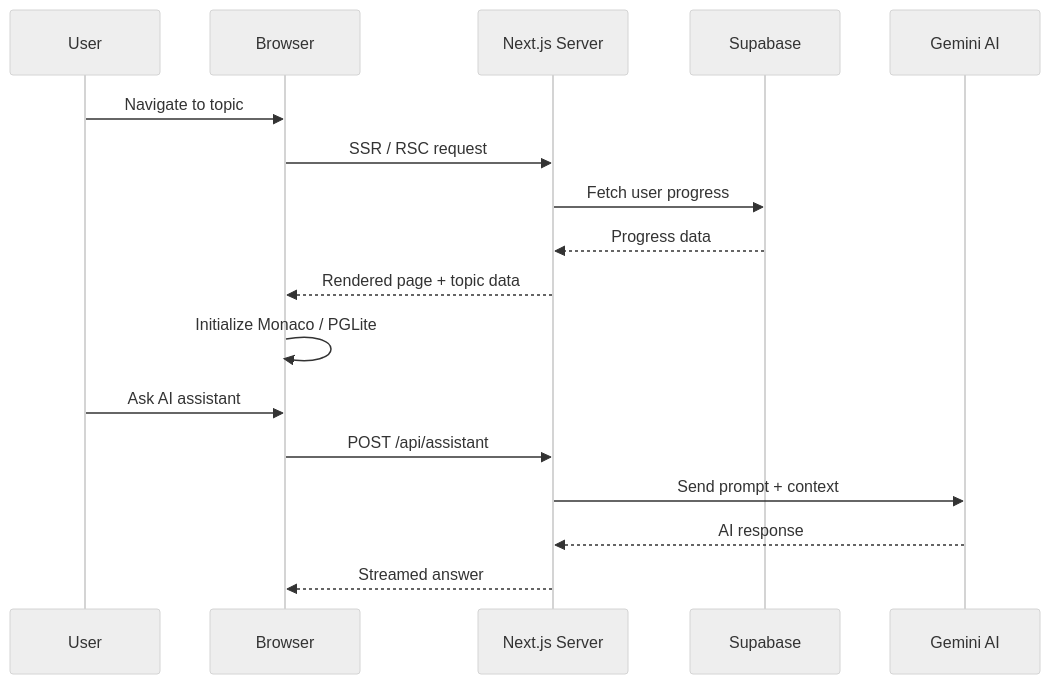
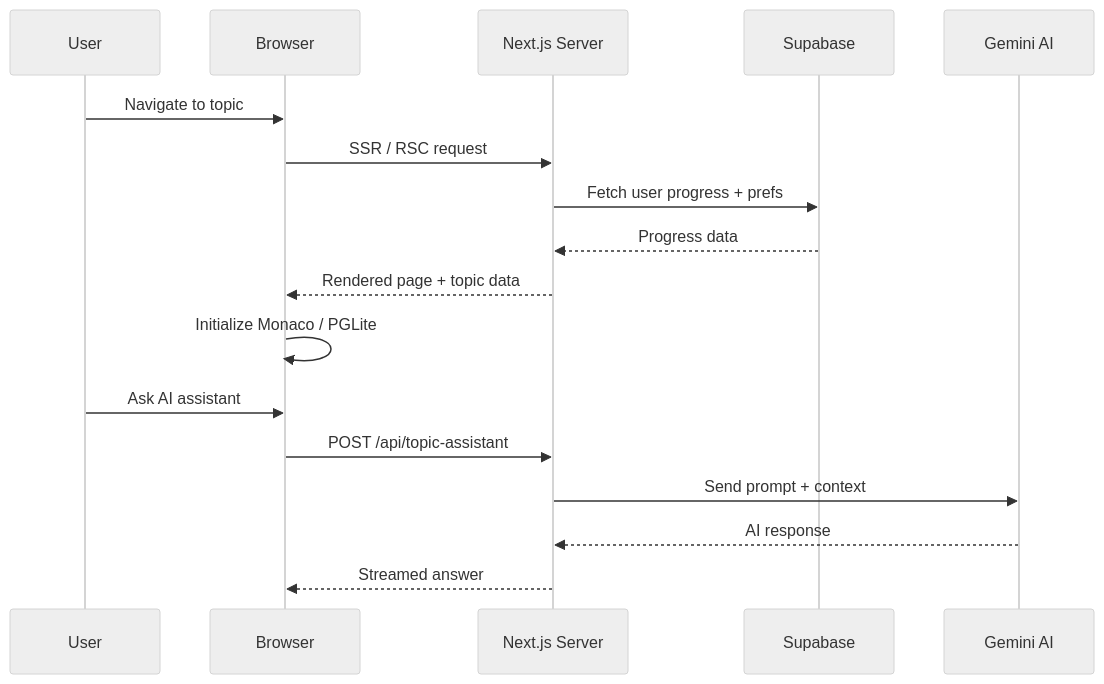
One commit to sangisapusaiteja/InterviewHandbook changed the third of 4 diagrams in README.md. Above: the diagram before and after it, drawn with Mermaid (neutral theme). The commit also changed other lines of this file and 29 other files, not shown here.

````diff
--- a/README.md
+++ b/README.md
@@ -84,21 +125,21 @@
 ```mermaid
 sequenceDiagram
     participant User
     participant Browser as Browser
     participant Next as Next.js Server
     participant Supa as Supabase
     participant Gemini as Gemini AI
 
     User->>Browser: Navigate to topic
     Browser->>Next: SSR / RSC request
-    Next->>Supa: Fetch user progress
+    Next->>Supa: Fetch user progress + prefs
     Supa-->>Next: Progress data
     Next-->>Browser: Rendered page + topic data
     Browser->>Browser: Initialize Monaco / PGLite
 
     User->>Browser: Ask AI assistant
-    Browser->>Next: POST /api/assistant
+    Browser->>Next: POST /api/topic-assistant
     Next->>Gemini: Send prompt + context
     Gemini-->>Next: AI response
     Next-->>Browser: Streamed answer
 ```
````
